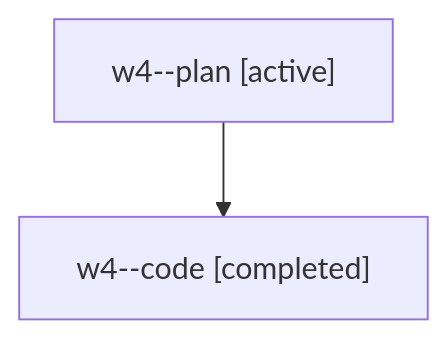
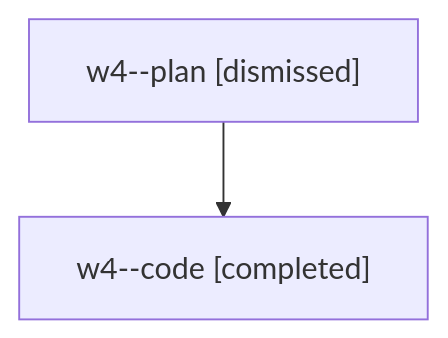
The diagram in sessions/bbugyi200.athena.w4.md (sase-org/sase--agents), drawn with Mermaid before and after one commit. The commit also changed other lines of this file and 18 other files, not shown here.

````diff
--- a/sessions/bbugyi200.athena.w4.md
+++ b/sessions/bbugyi200.athena.w4.md
@@ -9,6 +9,6 @@
 ```mermaid
 flowchart TD
-  n0["w4--plan [active]"]
+  n0["w4--plan [dismissed]"]
   n1["w4--code [completed]"]
   n0 --> n1
 ```
````
